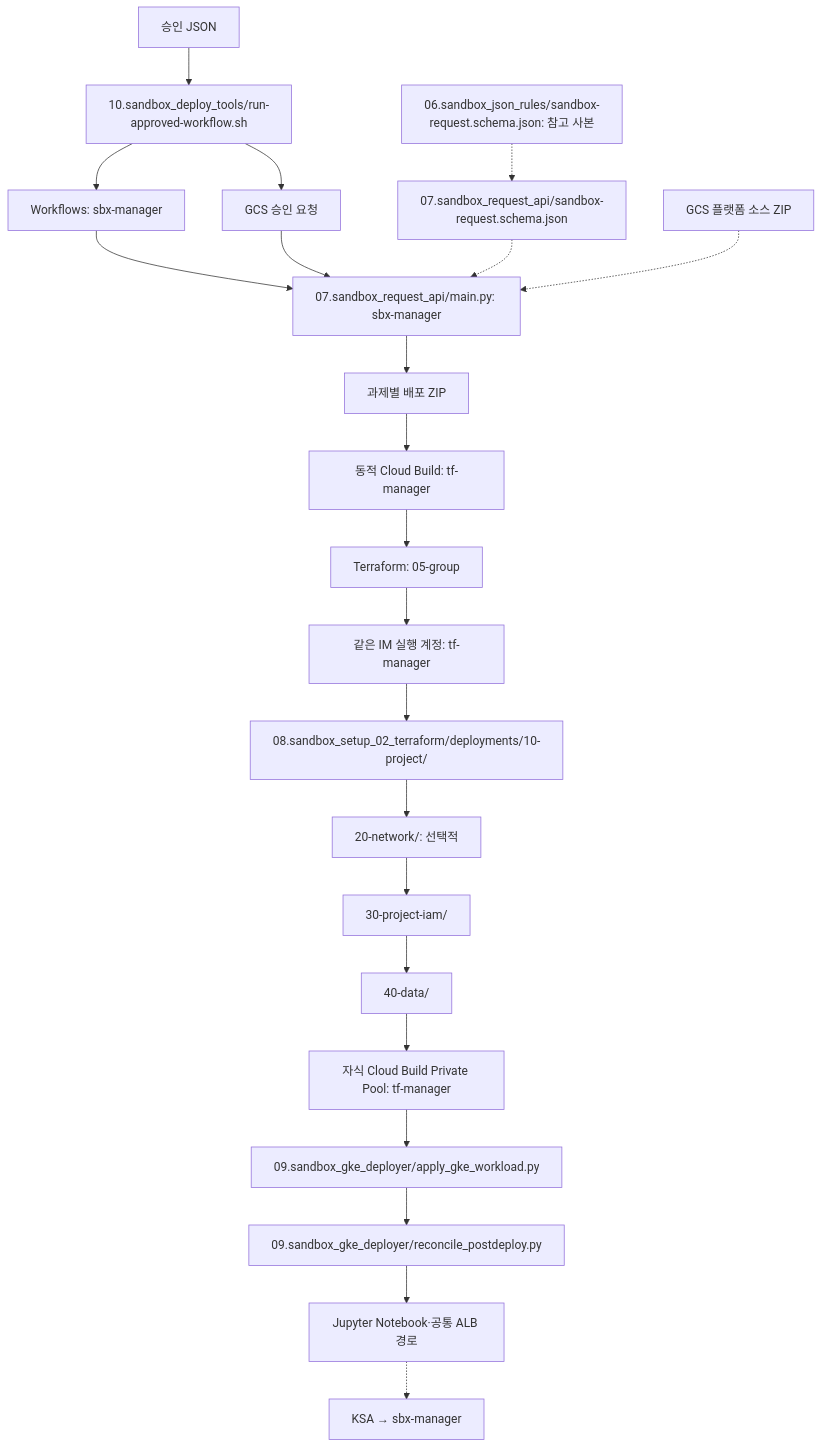
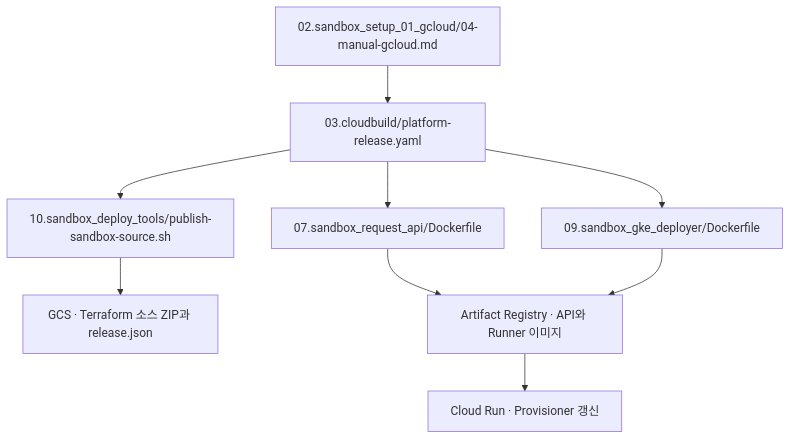
One commit to sonmap/GCP_SBX_Test01 changed the second of 6 diagrams in 01.docs/file-relationships.md. Above: the diagram before and after it, drawn with Mermaid. The commit also changed other lines of this file and 1 other file, not shown here.

````diff
--- a/01.docs/file-relationships.md
+++ b/01.docs/file-relationships.md
@@ -38,24 +43,16 @@
 ```mermaid
 flowchart TD
-  REQ["승인 JSON"] --> SEND["10.sandbox_deploy_tools/run-approved-workflow.sh"]
-  SEND --> STORE["GCS 승인 요청"]
-  SEND --> WF["Workflows: sbx-manager"]
-  WF --> API["07.sandbox_request_api/main.py: sbx-manager"]
-  STORE --> API
-  SCHEMA["07.sandbox_request_api/sandbox-request.schema.json"] -.-> API
-  REF["06.sandbox_json_rules/sandbox-request.schema.json: 참고 사본"] -.-> SCHEMA
-  SOURCE["GCS 플랫폼 소스 ZIP"] -.-> API
-  API --> BUNDLE["과제별 배포 ZIP"]
-  BUNDLE --> BUILD["동적 Cloud Build: tf-manager"]
-  BUILD --> GRP["Terraform: 05-group"]
-  GRP --> IM["같은 IM 실행 계정: tf-manager"]
-  IM --> T1["08.sandbox_setup_02_terraform/deployments/10-project/"]
-  T1 --> T2["20-network/: 선택적"]
-  T2 --> T3["30-project-iam/"]
-  T3 --> T4["40-data/"]
-  T4 --> RUN["자식 Cloud Build Private Pool: tf-manager"]
-  RUN --> K8S["09.sandbox_gke_deployer/apply_gke_workload.py"]
-  K8S --> LB["09.sandbox_gke_deployer/reconcile_postdeploy.py"]
-  LB --> USER["Jupyter Notebook·공통 ALB 경로"]
-  USER -.-> GSA["KSA → sbx-manager"]
+    OP["02.sandbox_setup_01_gcloud/04-manual-gcloud.md"]
+    REL["03.cloudbuild/platform-release.yaml"]
+    API["07.sandbox_request_api/Dockerfile"]
+    RUN["09.sandbox_gke_deployer/Dockerfile"]
+    PUB["10.sandbox_deploy_tools/publish-sandbox-source.sh"]
+    ZIP["GCS · Terraform 소스 ZIP과 release.json"]
+    AR["Artifact Registry · API와 Runner 이미지"]
+    CR["Cloud Run · Provisioner 갱신"]
+    OP --> REL
+    REL --> API --> AR
+    REL --> RUN --> AR
+    REL --> PUB --> ZIP
+    AR --> CR
 ```
````
